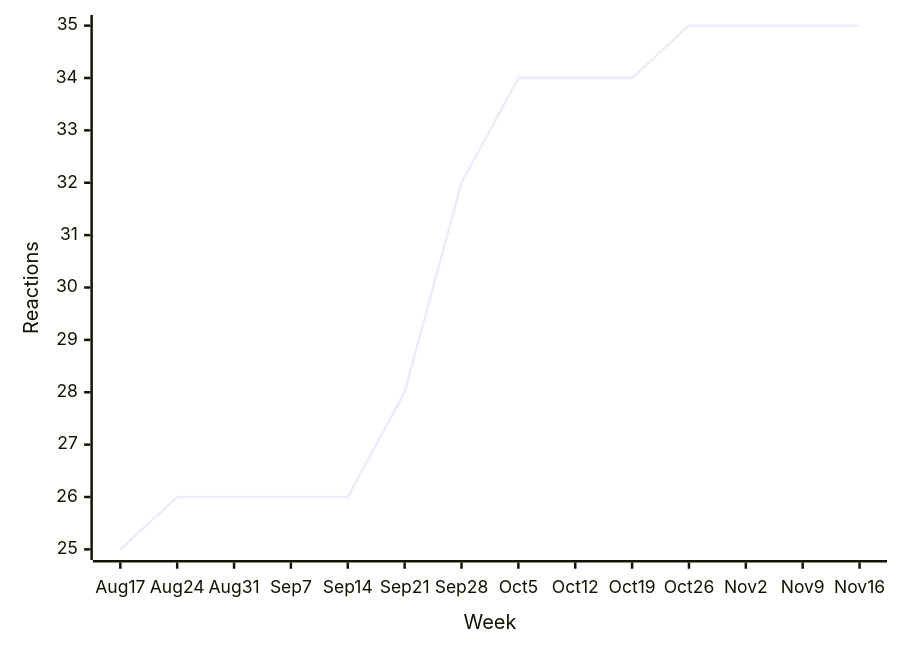
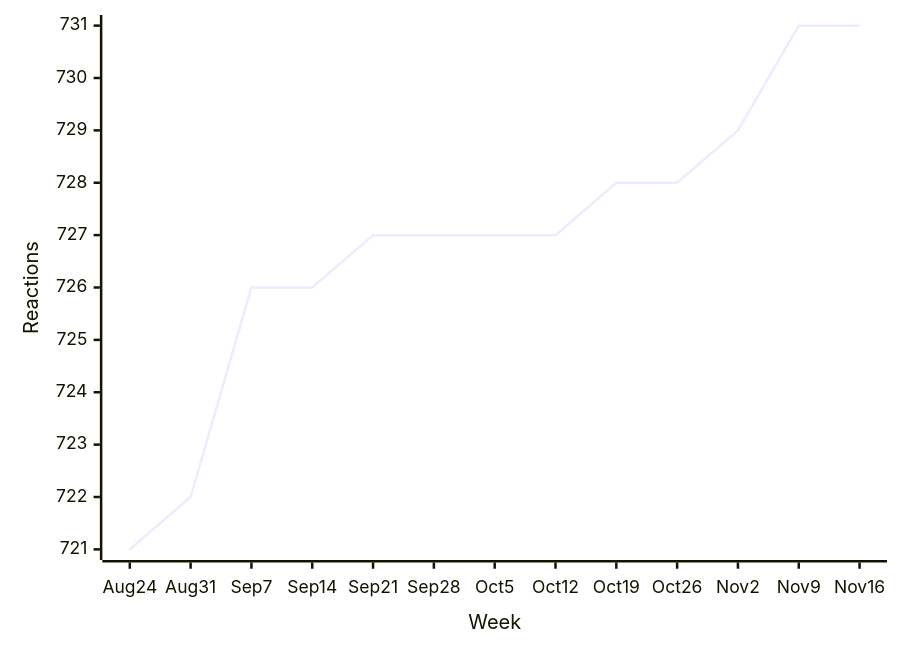
One commit to loic-sharma/github-insights changed diagram 11 of 31 in README.md. Above: the diagram before and after it, drawn with Mermaid. The commit also changed other lines of this file and 3 other files, not shown here.

````diff
--- a/README.md
+++ b/README.md
@@ -494,6 +494,6 @@
   ```mermaid
   xychart-beta
-    x-axis "Week" [Aug 17, Aug 24, Aug 31, Sep 7, Sep 14, Sep 21, Sep 28, Oct 5, Oct 12, Oct 19, Oct 26, Nov 2, Nov 9, Nov 16]
+    x-axis "Week" [Aug 24, Aug 31, Sep 7, Sep 14, Sep 21, Sep 28, Oct 5, Oct 12, Oct 19, Oct 26, Nov 2, Nov 9, Nov 16]
     y-axis "Reactions"
-    line [25, 26, 26, 26, 26, 28, 32, 34, 34, 34, 35, 35, 35, 35]
+    line [721, 722, 726, 726, 727, 727, 727, 727, 728, 728, 729, 731, 731]
   ```
````
